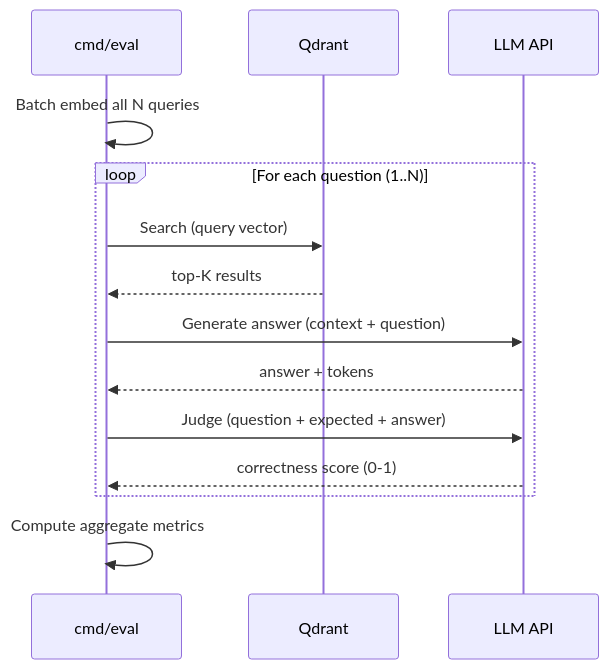
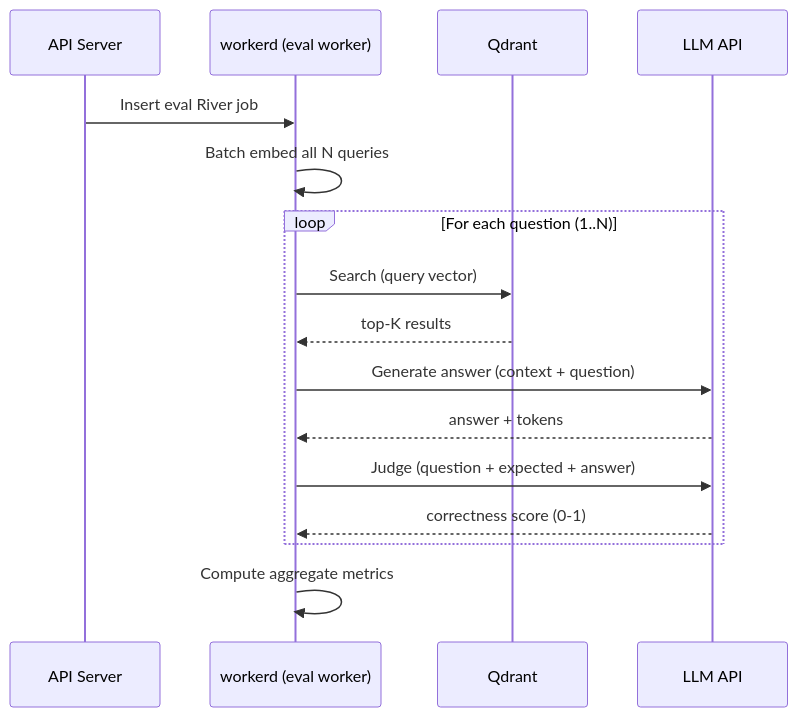
Before and after one commit to kaushik2901/raglab: the third of 3 diagrams in README.md, drawn with Mermaid. The commit also changed other lines of this file and 10 other files, not shown here.

Commit message:
Remove CLI binaries except api and workerd

````diff
--- a/README.md
+++ b/README.md
@@ -78,17 +70,19 @@
 ```mermaid
 sequenceDiagram
-    participant CLI as cmd/eval
+    participant API as API Server
+    participant WK as workerd (eval worker)
     participant Q as Qdrant
     participant LLM as LLM API
 
-    CLI->>CLI: Batch embed all N queries
+    API->>WK: Insert eval River job
+    WK->>WK: Batch embed all N queries
     loop For each question (1..N)
-        CLI->>Q: Search (query vector)
-        Q-->>CLI: top-K results
-        CLI->>LLM: Generate answer (context + question)
-        LLM-->>CLI: answer + tokens
-        CLI->>LLM: Judge (question + expected + answer)
-        LLM-->>CLI: correctness score (0-1)
+        WK->>Q: Search (query vector)
+        Q-->>WK: top-K results
+        WK->>LLM: Generate answer (context + question)
+        LLM-->>WK: answer + tokens
+        WK->>LLM: Judge (question + expected + answer)
+        LLM-->>WK: correctness score (0-1)
     end
-    CLI->>CLI: Compute aggregate metrics
+    WK->>WK: Compute aggregate metrics
 ```
````
